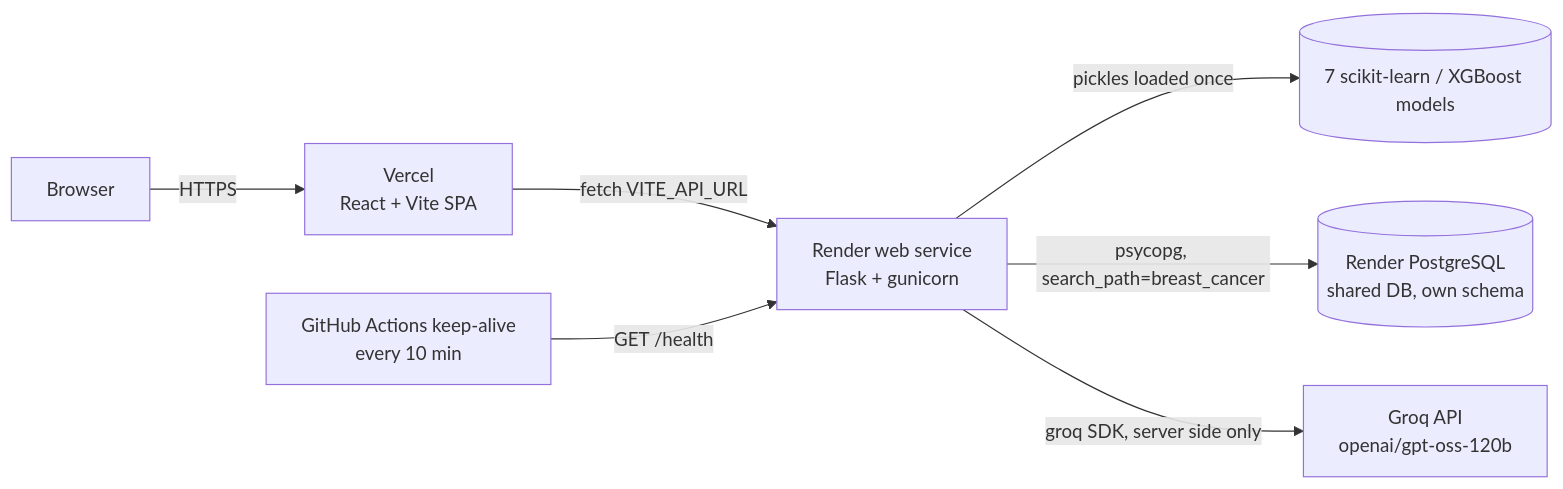
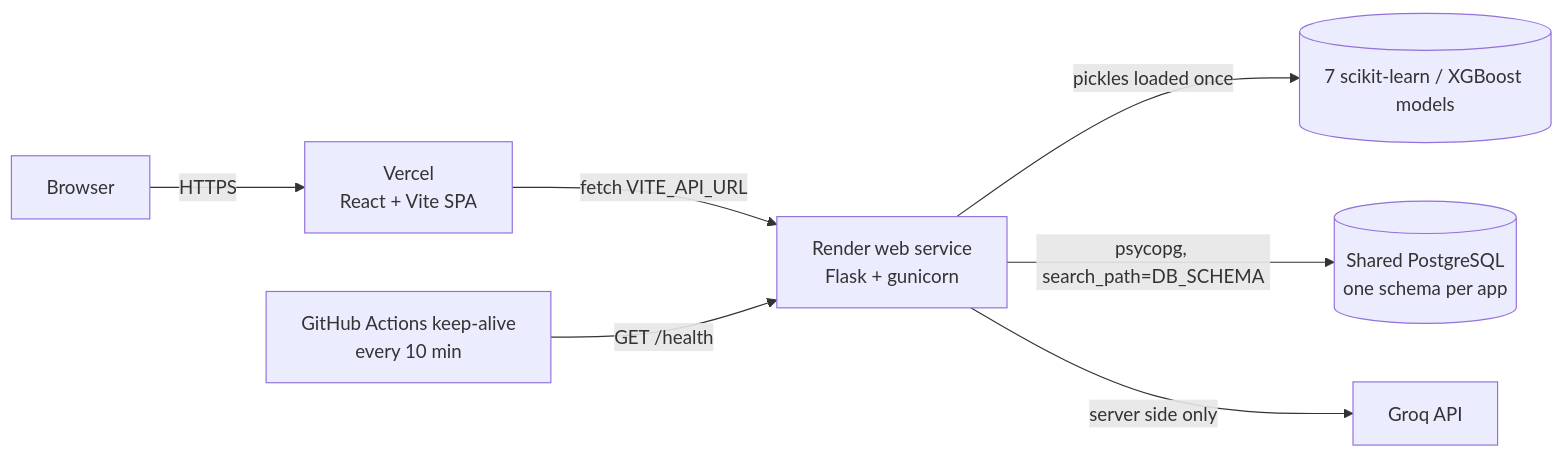
The diagram in README.md (HarshBathija-04/Breast-Cancer-Predictor-Backend), drawn with Mermaid before and after one commit. The commit also changed other lines of this file, not shown here.

````diff
--- a/README.md
+++ b/README.md
@@ -27,9 +30,9 @@
 ```mermaid
 flowchart LR
   U[Browser] -->|HTTPS| V[Vercel<br/>React + Vite SPA]
   V -->|fetch VITE_API_URL| R[Render web service<br/>Flask + gunicorn]
   R -->|pickles loaded once| M[(7 scikit-learn / XGBoost models)]
-  R -->|psycopg, search_path=breast_cancer| P[(Render PostgreSQL<br/>shared DB, own schema)]
-  R -->|groq SDK, server side only| G[Groq API<br/>openai/gpt-oss-120b]
+  R -->|psycopg, search_path=DB_SCHEMA| P[(Shared PostgreSQL<br/>one schema per app)]
+  R -->|server side only| G[Groq API]
   K[GitHub Actions keep-alive<br/>every 10 min] -->|GET /health| R
 ```
````
